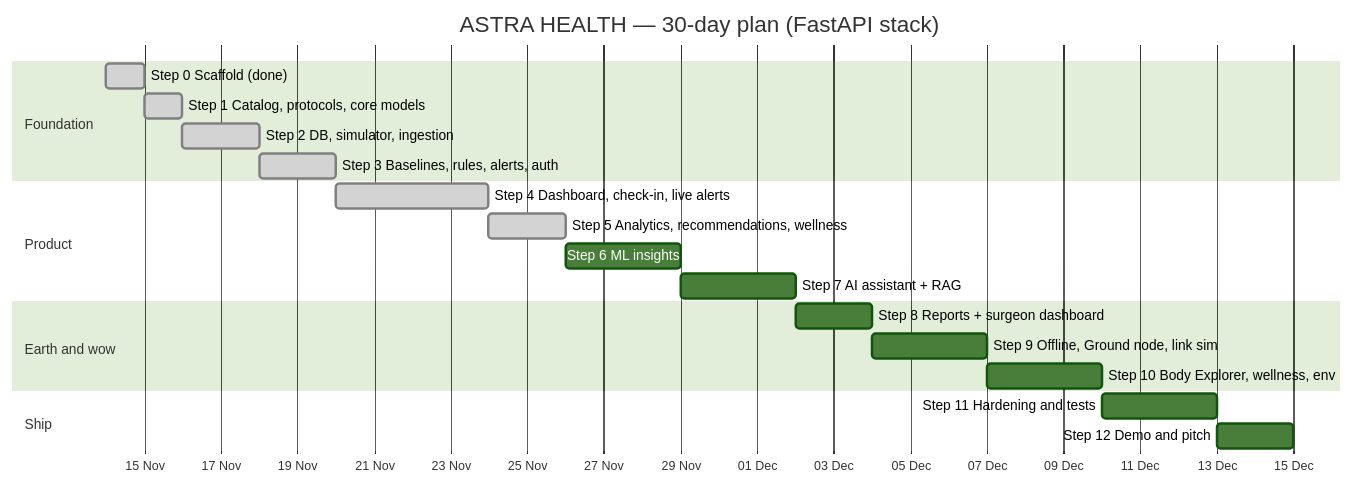
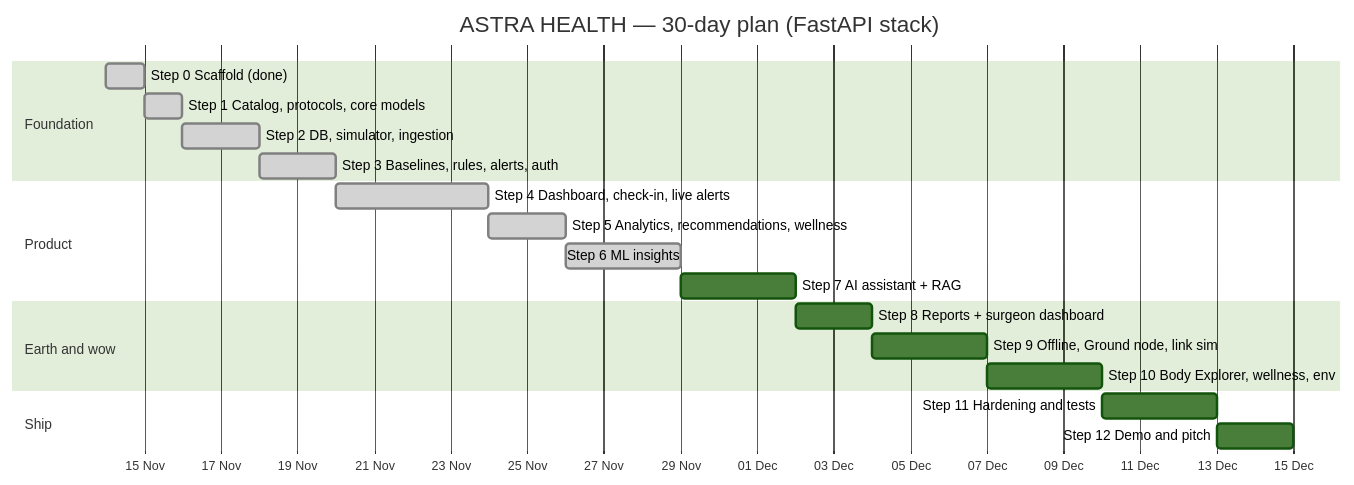
The diagram in docs/04-Implementation-Plan.md (Tarun9076/Astra-Health), drawn with Mermaid (forest theme) before and after one commit. The commit also changed other lines of this file and 7 other files, not shown here.

Commit message:
docs: document Step 6 ML insights and regenerate PDFs

````diff
--- a/docs/04-Implementation-Plan.md
+++ b/docs/04-Implementation-Plan.md
@@ -34,23 +34,23 @@
 ```mermaid
 gantt
     title ASTRA HEALTH — 30-day plan (FastAPI stack)
     dateFormat  YYYY-MM-DD
     axisFormat  %d %b
     section Foundation
     Step 0 Scaffold (done)               :done, s0, 2026-11-14, 1d
     Step 1 Catalog, protocols, core models :done, s1, after s0, 1d
     Step 2 DB, simulator, ingestion      :done, s2, after s1, 2d
     Step 3 Baselines, rules, alerts, auth :done, s3, after s2, 2d
     section Product
     Step 4 Dashboard, check-in, live alerts :done, s4, after s3, 4d
     Step 5 Analytics, recommendations, wellness :done, s5, after s4, 2d
-    Step 6 ML insights                   :s6, after s5, 3d
+    Step 6 ML insights                   :done, s6, after s5, 3d
     Step 7 AI assistant + RAG            :s7, after s6, 3d
     section Earth and wow
     Step 8 Reports + surgeon dashboard   :s8, after s7, 2d
     Step 9 Offline, Ground node, link sim :s9, after s8, 3d
     Step 10 Body Explorer, wellness, env :s10, after s9, 3d
     section Ship
     Step 11 Hardening and tests          :s11, after s10, 3d
     Step 12 Demo and pitch               :s12, after s11, 2d
 ```
````
